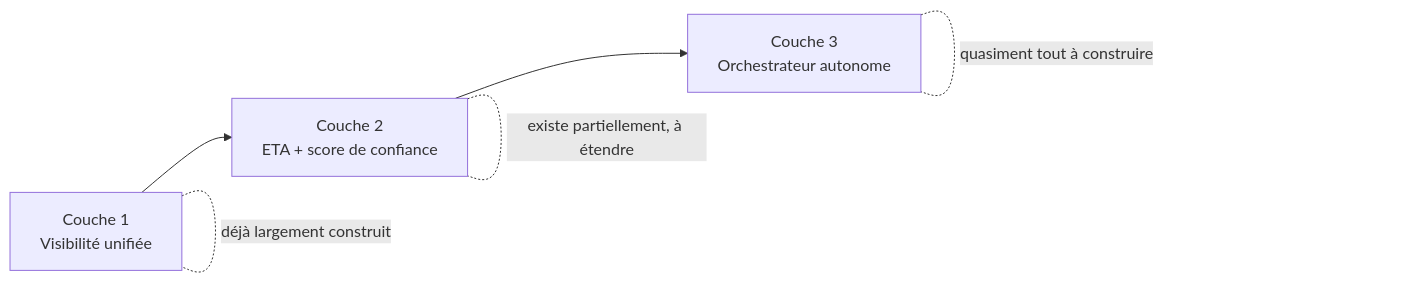
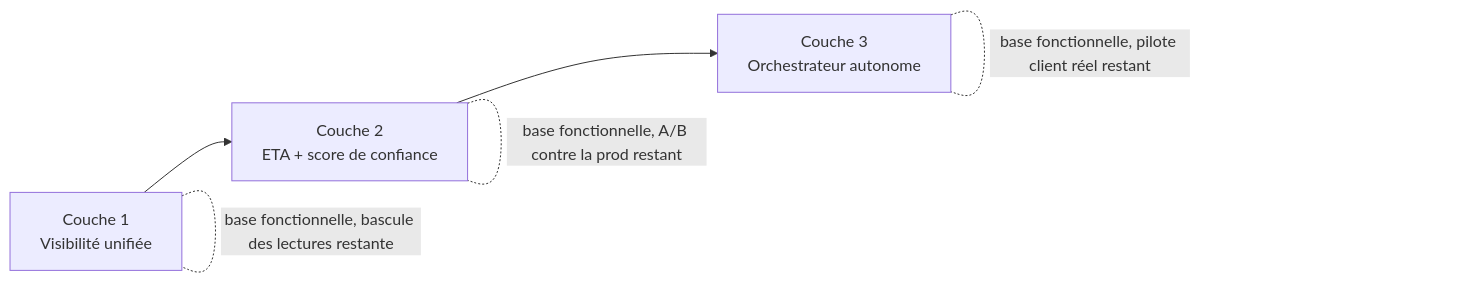
One commit to Ybarzan/SaasModduleOS changed the diagram in README.md. Above: the diagram before and after it, drawn with Mermaid. The commit also changed other lines of this file and 2 other files, not shown here.

````diff
--- a/README.md
+++ b/README.md
@@ -46,7 +50,7 @@
 ```mermaid
 flowchart LR
     L1["Couche 1<br/>Visibilité unifiée"] --> L2["Couche 2<br/>ETA + score de confiance"] --> L3["Couche 3<br/>Orchestrateur autonome"]
-    L1 -.déjà largement construit.- L1
-    L2 -.existe partiellement, à étendre.- L2
-    L3 -.quasiment tout à construire.- L3
+    L1 -.base fonctionnelle, bascule des lectures restante.- L1
+    L2 -.base fonctionnelle, A/B contre la prod restant.- L2
+    L3 -.base fonctionnelle, pilote client réel restant.- L3
 ```
````
